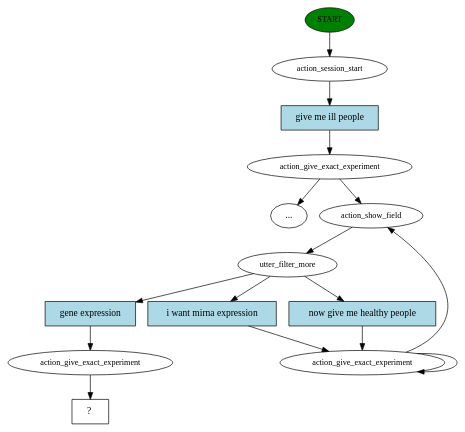
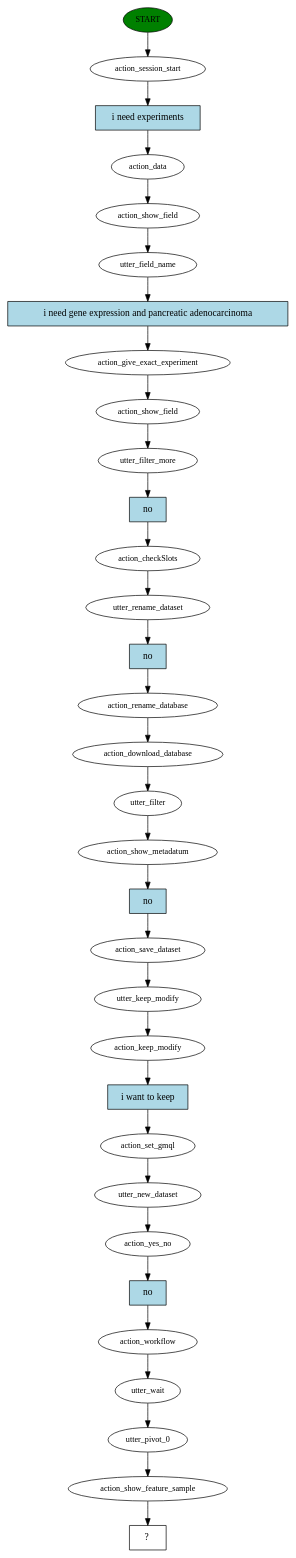
Before and after one commit to DEIB-GECO/GeCo-5.0: the diagram in backend/geco/story_graph.dot, drawn with Graphviz. The commit also changed 20 other files, not shown here.

```diff
--- a/backend/geco/story_graph.dot
+++ b/backend/geco/story_graph.dot
@@ -1,30 +1,65 @@
 digraph  {
 0 [class="start active", fillcolor=green, fontsize=12, label=START, style=filled];
 1 [class=active, fontsize=12, label=action_session_start];
-2 [class=active, fontsize=12, label=action_give_exact_experiment];
-"-3" [class=ellipsis, label="..."];
-5 [class=active, fontsize=12, label=action_show_field];
-6 [class=active, fontsize=12, label=utter_filter_more];
-7 [class=active, fontsize=12, label=action_give_exact_experiment];
-28 [class=active, fontsize=12, label=action_give_exact_experiment];
-29 [class="intent dashed active", label="  ?  ", shape=rect];
-30 [class="intent active", fillcolor=lightblue, label="give me ill people", shape=rect, style=filled];
-31 [class="intent active", fillcolor=lightblue, label="now give me healthy people", shape=rect, style=filled];
-32 [class="intent active", fillcolor=lightblue, label="i want mirna expression", shape=rect, style=filled];
-33 [class="intent active", fillcolor=lightblue, label="gene expression", shape=rect, style=filled];
+2 [class=active, fontsize=12, label=action_data];
+3 [class=active, fontsize=12, label=action_show_field];
+4 [class=active, fontsize=12, label=utter_field_name];
+5 [class=active, fontsize=12, label=action_give_exact_experiment];
+6 [class=active, fontsize=12, label=action_show_field];
+7 [class=active, fontsize=12, label=utter_filter_more];
+8 [class=active, fontsize=12, label=action_checkSlots];
+9 [class=active, fontsize=12, label=utter_rename_dataset];
+10 [class=active, fontsize=12, label=action_rename_database];
+11 [class=active, fontsize=12, label=action_download_database];
+12 [class=active, fontsize=12, label=utter_filter];
+13 [class=active, fontsize=12, label=action_show_metadatum];
+14 [class=active, fontsize=12, label=action_save_dataset];
+15 [class=active, fontsize=12, label=utter_keep_modify];
+16 [class=active, fontsize=12, label=action_keep_modify];
+17 [class=active, fontsize=12, label=action_set_gmql];
+18 [class=active, fontsize=12, label=utter_new_dataset];
+19 [class=active, fontsize=12, label=action_yes_no];
+20 [class=active, fontsize=12, label=action_workflow];
+21 [class=active, fontsize=12, label=utter_wait];
+22 [class=active, fontsize=12, label=utter_pivot_0];
+23 [class=active, fontsize=12, label=action_show_feature_sample];
+24 [class="intent dashed active", label="  ?  ", shape=rect];
+25 [class="intent active", fillcolor=lightblue, label="i need experiments", shape=rect, style=filled];
+26 [class="intent active", fillcolor=lightblue, label="i need gene expression and pancreatic adenocarcinoma", shape=rect, style=filled];
+27 [class="intent active", fillcolor=lightblue, label=no, shape=rect, style=filled];
+28 [class="intent active", fillcolor=lightblue, label=no, shape=rect, style=filled];
+29 [class="intent active", fillcolor=lightblue, label=no, shape=rect, style=filled];
+30 [class="intent active", fillcolor=lightblue, label="i want to keep", shape=rect, style=filled];
+31 [class="intent active", fillcolor=lightblue, label=no, shape=rect, style=filled];
 0 -> 1  [class=active, key=NONE, label=""];
-1 -> 30  [class=active, key=0];
-2 -> "-3"  [class="", key=NONE, label=""];
-2 -> 5  [class=active, key=NONE, label=""];
+1 -> 25  [class=active, key=0];
+2 -> 3  [class=active, key=NONE, label=""];
+3 -> 4  [class=active, key=NONE, label=""];
+4 -> 26  [class=active, key=0];
 5 -> 6  [class=active, key=NONE, label=""];
-6 -> 31  [class=active, key=0];
-6 -> 32  [class=active, key=0];
-6 -> 33  [class=active, key=0];
-7 -> 5  [class=active, key=NONE, label=""];
-7 -> 7  [class=active, key=NONE, label=""];
-28 -> 29  [class=active, key=NONE, label=""];
-30 -> 2  [class=active, key=0];
-31 -> 7  [class=active, key=0];
-32 -> 7  [class=active, key=0];
-33 -> 28  [class=active, key=0];
+6 -> 7  [class=active, key=NONE, label=""];
+7 -> 27  [class=active, key=0];
+8 -> 9  [class=active, key=NONE, label=""];
+9 -> 28  [class=active, key=0];
+10 -> 11  [class=active, key=NONE, label=""];
+11 -> 12  [class=active, key=NONE, label=""];
+12 -> 13  [class=active, key=NONE, label=""];
+13 -> 29  [class=active, key=0];
+14 -> 15  [class=active, key=NONE, label=""];
+15 -> 16  [class=active, key=NONE, label=""];
+16 -> 30  [class=active, key=0];
+17 -> 18  [class=active, key=NONE, label=""];
+18 -> 19  [class=active, key=NONE, label=""];
+19 -> 31  [class=active, key=0];
+20 -> 21  [class=active, key=NONE, label=""];
+21 -> 22  [class=active, key=NONE, label=""];
+22 -> 23  [class=active, key=NONE, label=""];
+23 -> 24  [class=active, key=NONE, label=""];
+25 -> 2  [class=active, key=0];
+26 -> 5  [class=active, key=0];
+27 -> 8  [class=active, key=0];
+28 -> 10  [class=active, key=0];
+29 -> 14  [class=active, key=0];
+30 -> 17  [class=active, key=0];
+31 -> 20  [class=active, key=0];
 }
```
